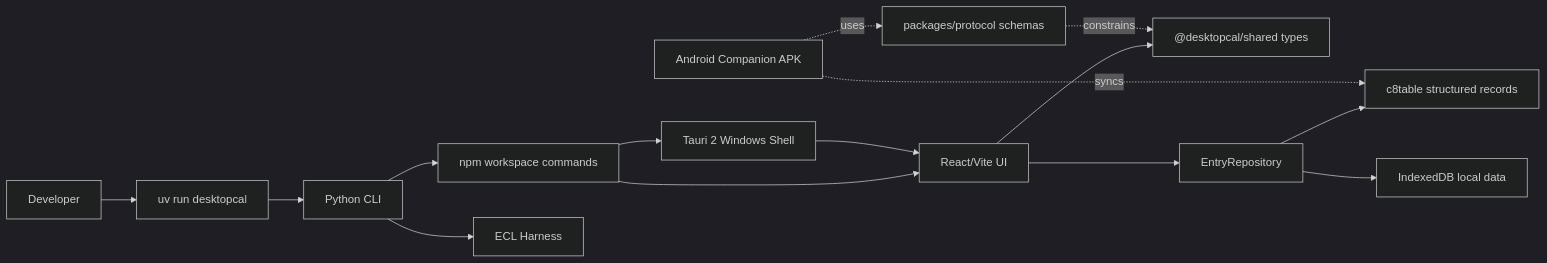
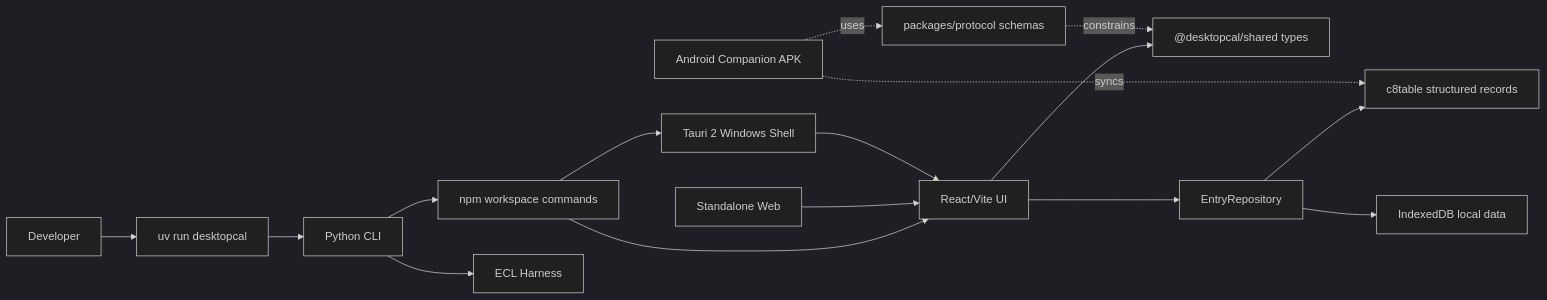
The first of 2 diagrams in docs/ARCHITECTURE.md (HANSEN749/desktopcal-c8table), drawn with Mermaid (dark theme) before and after one commit. The commit also changed other lines of this file and 30 other files, not shown here.

````diff
--- a/docs/ARCHITECTURE.md
+++ b/docs/ARCHITECTURE.md
@@ -12,17 +13,18 @@
 ```mermaid
 flowchart LR
   User["Developer"] --> UV["uv run desktopcal"]
   UV --> PyCLI["Python CLI"]
   PyCLI --> NPM["npm workspace commands"]
   NPM --> Web["React/Vite UI"]
   NPM --> Tauri["Tauri 2 Windows Shell"]
+  Browser["Standalone Web"] --> Web
   Web --> Shared["@desktopcal/shared types"]
   Web --> Repo["EntryRepository"]
   Repo --> Teable["c8table structured records"]
   Repo --> IndexedDB["IndexedDB local data"]
   Tauri --> Web
   PyCLI --> Harness["ECL Harness"]
   Android["Android Companion APK"] -. syncs .-> Teable
   Android -. uses .-> Protocol["packages/protocol schemas"]
   Protocol -. constrains .-> Shared
 ```
````
